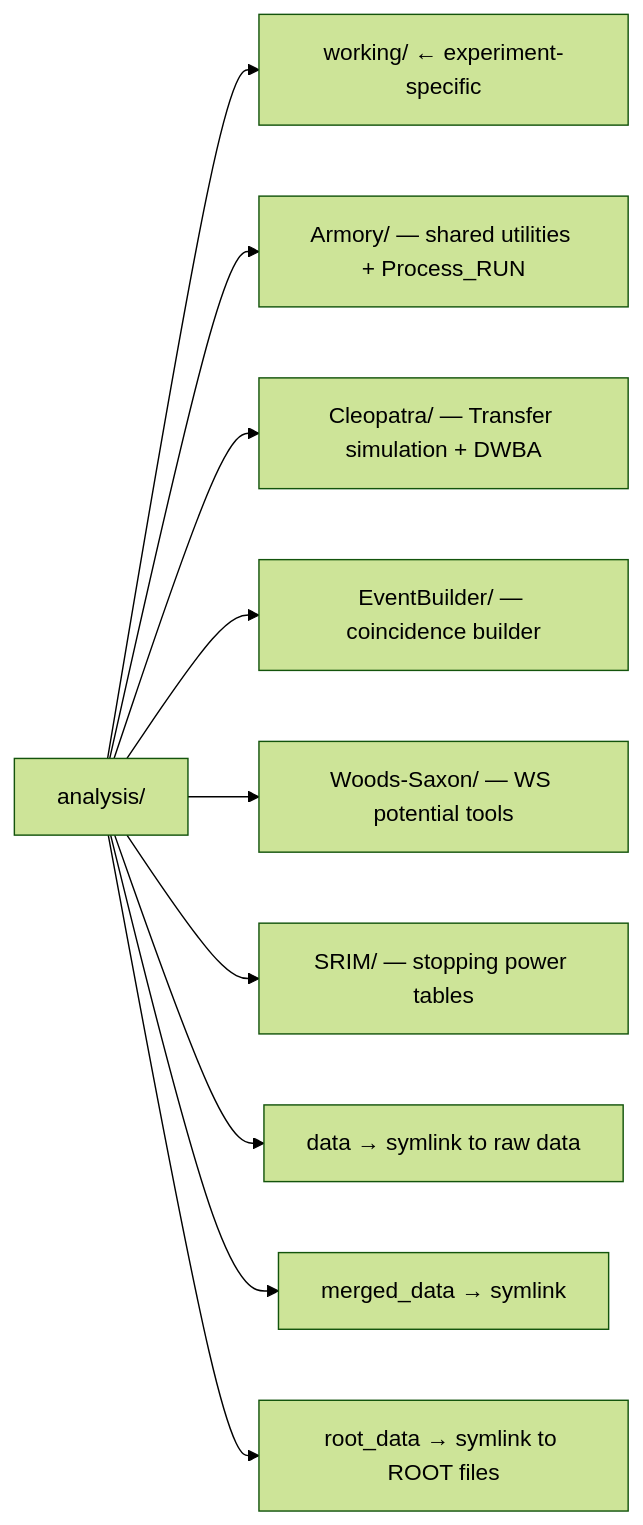
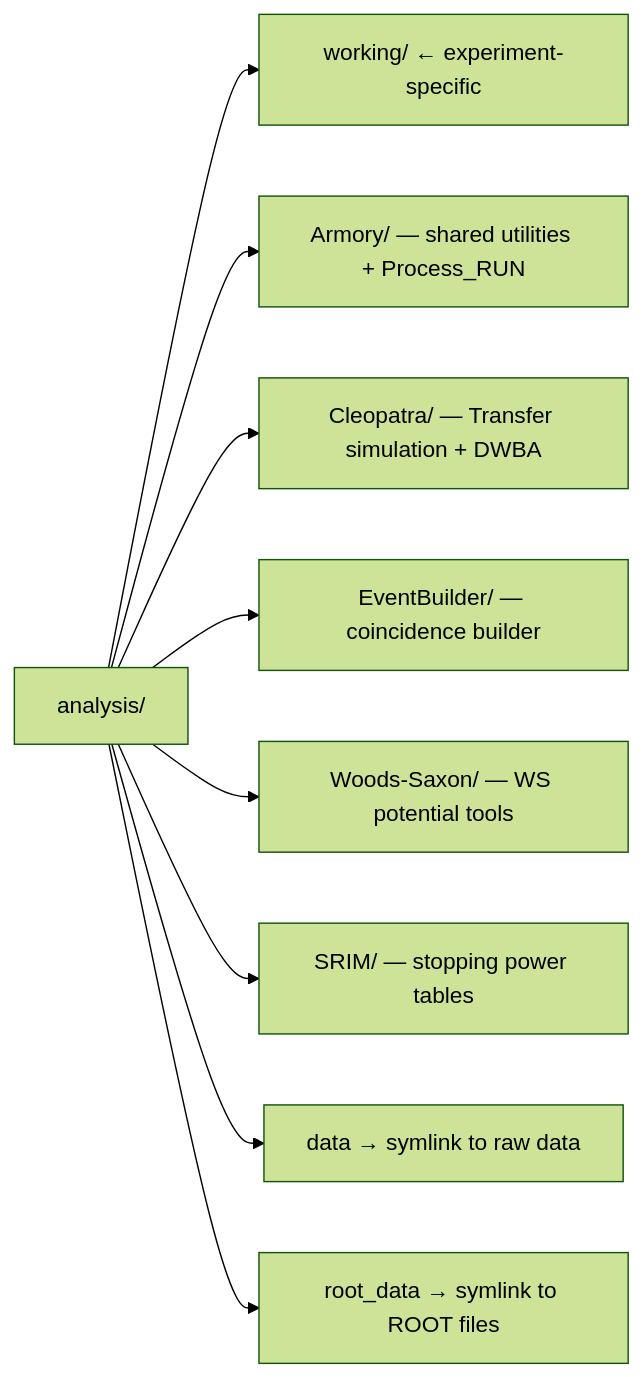
Before and after one commit to calemhoffman/digios: the first of 2 diagrams in analysis/working/README.md, drawn with Mermaid (forest theme). The commit also changed other lines of this file, not shown here.

Commit message:
working/README: remove merged_data (GEBSort gone, EventBuilder_S used instead)

````diff
--- a/analysis/working/README.md
+++ b/analysis/working/README.md
@@ -45,12 +46,11 @@
 ```mermaid
 graph LR
     A[analysis/] --> B["working/ ← experiment-specific"]
     A --> C[Armory/ — shared utilities + Process_RUN]
     A --> D[Cleopatra/ — Transfer simulation + DWBA]
     A --> E[EventBuilder/ — coincidence builder]
     A --> F[Woods-Saxon/ — WS potential tools]
     A --> G[SRIM/ — stopping power tables]
     A --> H[data → symlink to raw data]
-    A --> I[merged_data → symlink]
     A --> J[root_data → symlink to ROOT files]
 ```
````
